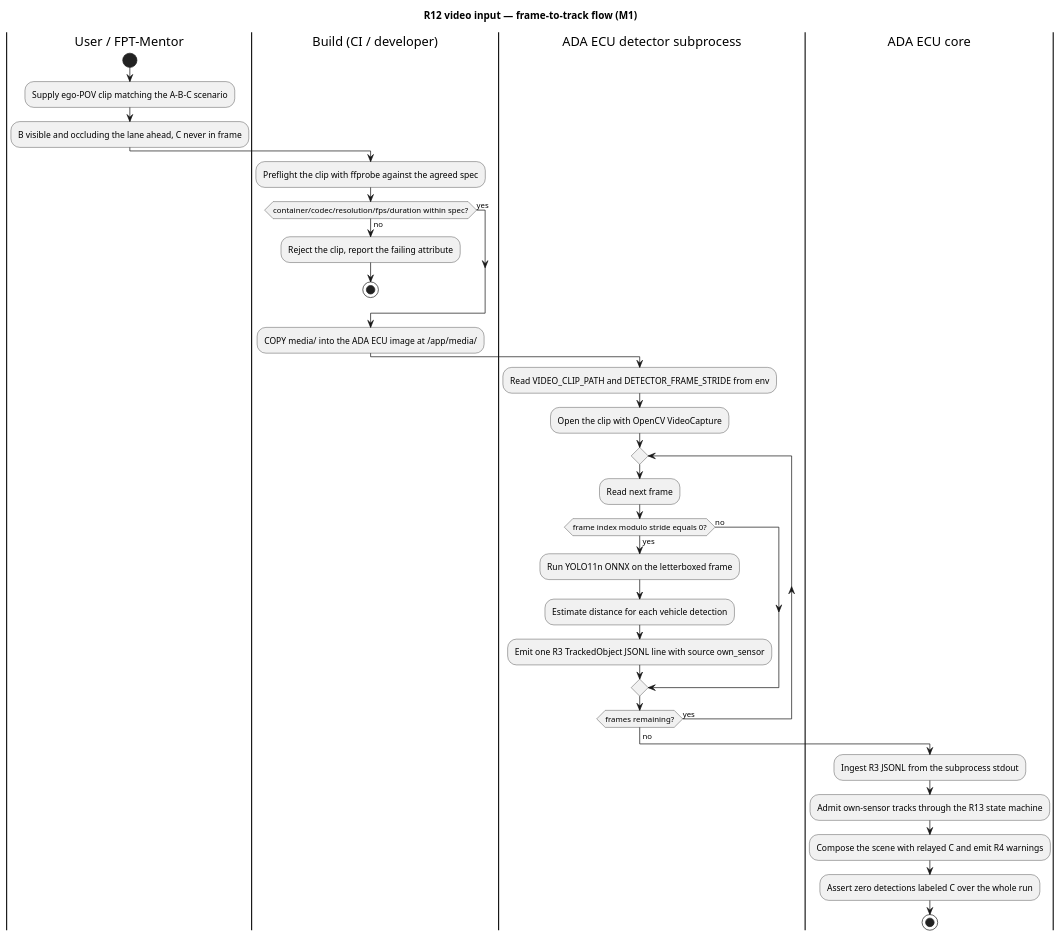
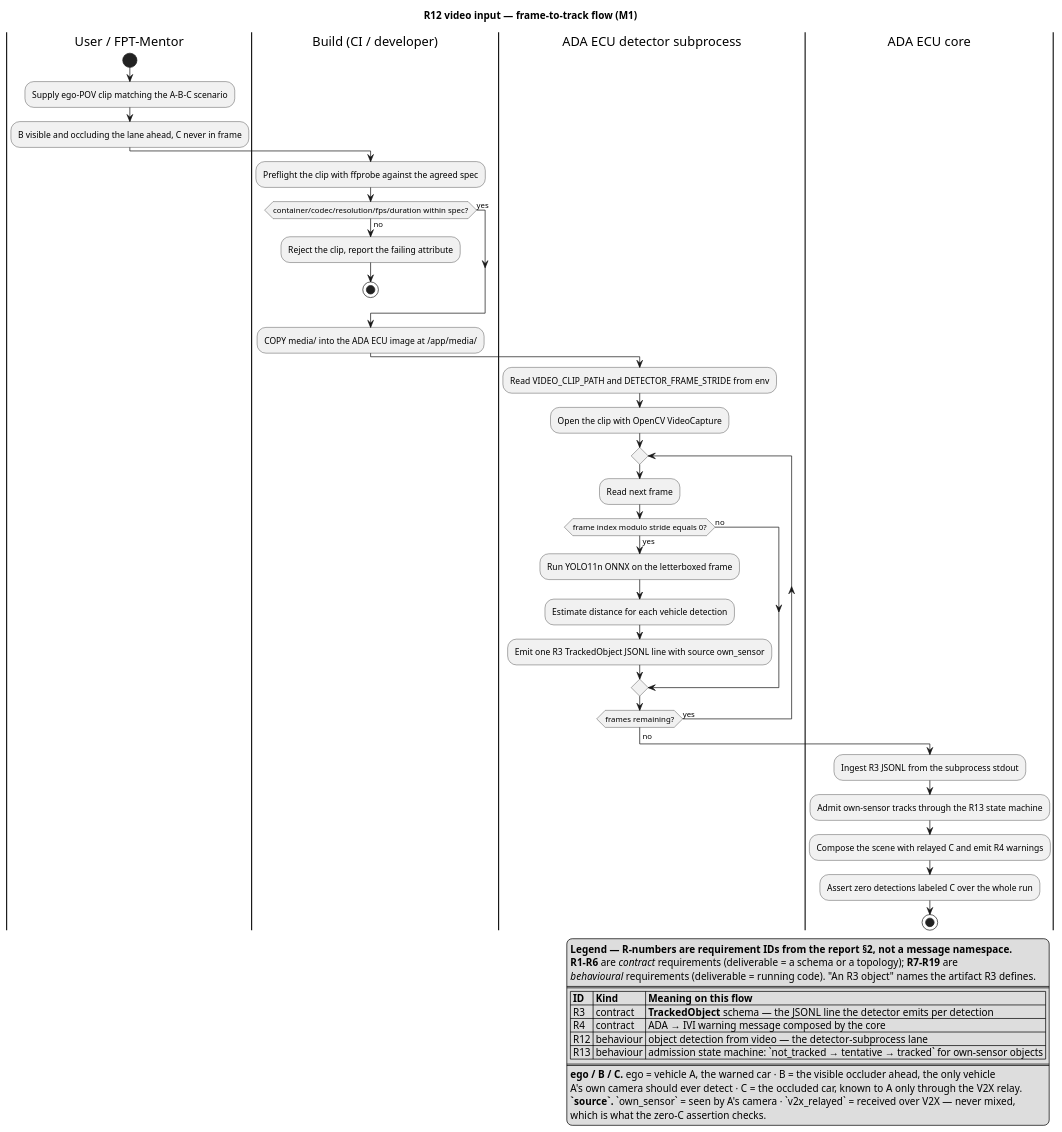
The diagram in ADA_ECU/doc/research_notes/video-source-flow.puml (mnpham2101/FPT-Hackathon2026), drawn with PlantUML before and after one commit. The commit also changed 6 other files, not shown here.

First line of the commit message:
docs: research the Phase 3 video source and the ADA/IVI dashcam fan-out

```diff
--- a/ADA_ECU/doc/research_notes/video-source-flow.puml
+++ b/ADA_ECU/doc/research_notes/video-source-flow.puml
@@ -1,39 +1,56 @@
-@startuml
+@startuml video-source-flow
 title R12 video input — frame-to-track flow (M1)
 
 |User / FPT-Mentor|
 start
 :Supply ego-POV clip matching the A-B-C scenario;
 :B visible and occluding the lane ahead, C never in frame;
 
 |Build (CI / developer)|
 :Preflight the clip with ffprobe against the agreed spec;
 if (container/codec/resolution/fps/duration within spec?) then (no)
   :Reject the clip, report the failing attribute;
   stop
 else (yes)
 endif
 :COPY media/ into the ADA ECU image at /app/media/;
 
 |ADA ECU detector subprocess|
 :Read VIDEO_CLIP_PATH and DETECTOR_FRAME_STRIDE from env;
 :Open the clip with OpenCV VideoCapture;
 repeat
   :Read next frame;
   if (frame index modulo stride equals 0?) then (yes)
     :Run YOLO11n ONNX on the letterboxed frame;
     :Estimate distance for each vehicle detection;
     :Emit one R3 TrackedObject JSONL line with source own_sensor;
   else (no)
   endif
 repeat while (frames remaining?) is (yes)
 ->no;
 
 |ADA ECU core|
 :Ingest R3 JSONL from the subprocess stdout;
 :Admit own-sensor tracks through the R13 state machine;
 :Compose the scene with relayed C and emit R4 warnings;
 :Assert zero detections labeled C over the whole run;
 stop
 
+legend right
+  <b>Legend — R-numbers are requirement IDs from the report §2, not a message namespace.</b>
+  <b>R1–R6</b> are //contract// requirements (deliverable = a schema or a topology); <b>R7–R19</b> are
+  //behavioural// requirements (deliverable = running code). "An R3 object" names the artifact R3 defines.
+  ====
+  |= ID |= Kind |= Meaning on this flow |
+  | R3 | contract | <b>TrackedObject</b> schema — the JSONL line the detector emits per detection |
+  | R4 | contract | ADA → IVI warning message composed by the core |
+  | R12 | behaviour | object detection from video — the detector-subprocess lane |
+  | R13 | behaviour | admission state machine: `not_tracked → tentative → tracked` for own-sensor objects |
+  ====
+  <b>ego / B / C.</b> ego = vehicle A, the warned car · B = the visible occluder ahead, the only vehicle
+  A's own camera should ever detect · C = the occluded car, known to A only through the V2X relay.
+  <b>`source`.</b> `own_sensor` = seen by A's camera · `v2x_relayed` = received over V2X — never mixed,
+  which is what the zero-C assertion checks.
+endlegend
+
 @enduml
```
